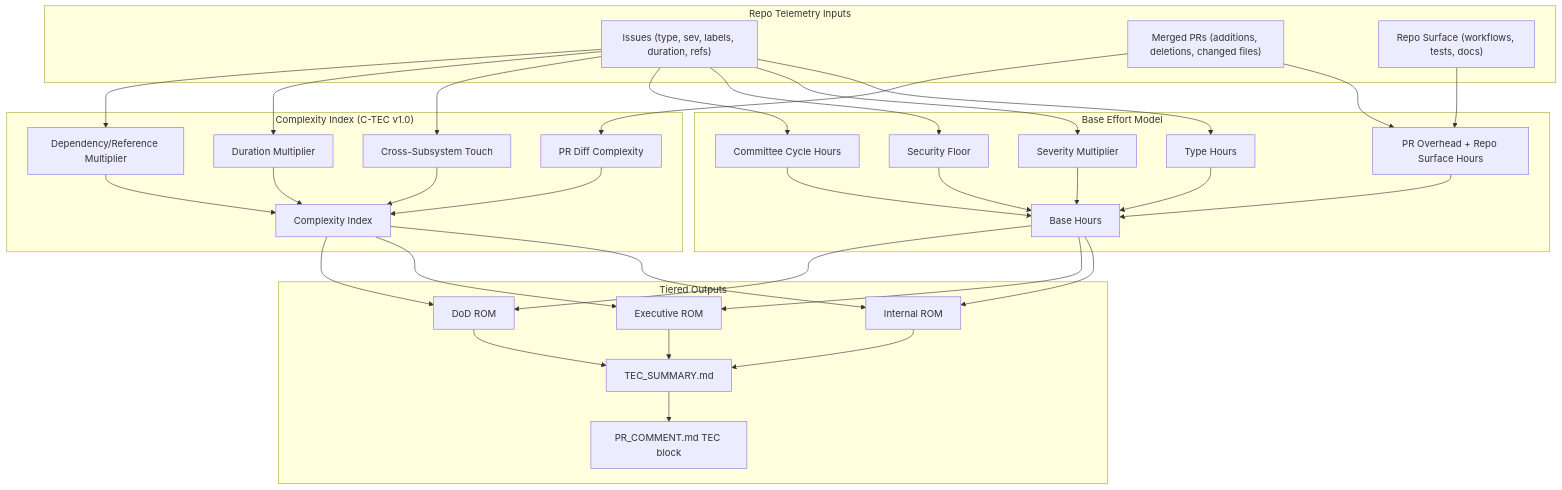
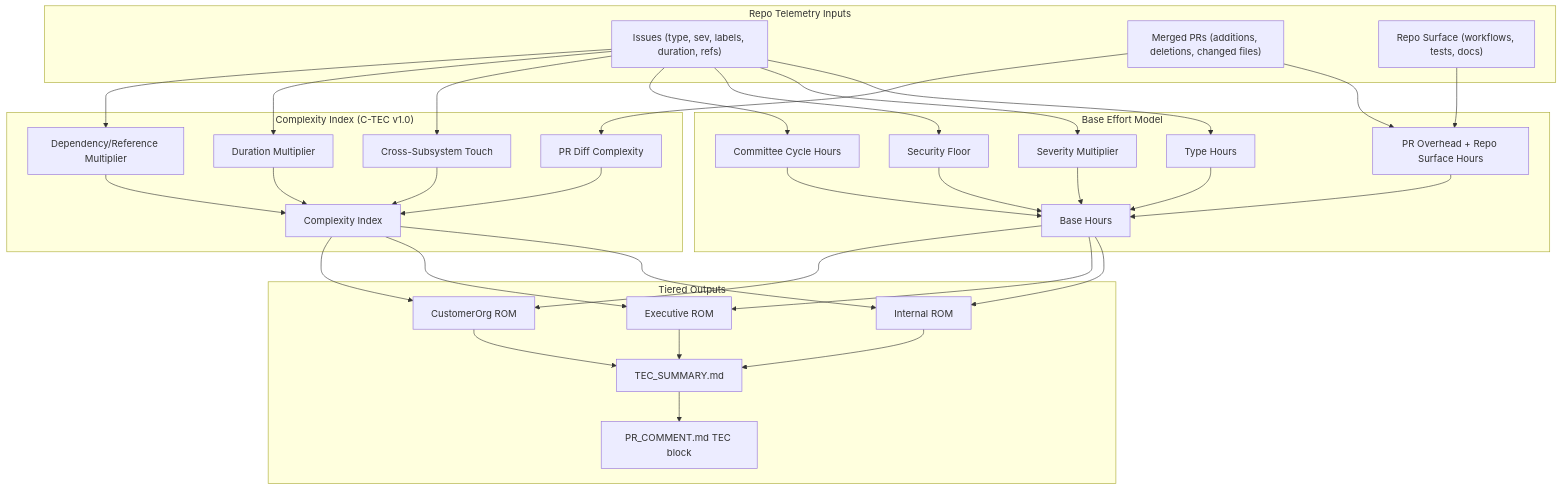
One commit to 8ryanWh1t3/DeepSigma changed the diagram in enterprise/docs/mermaid/12-c-tec-pipeline.md. Above: the diagram before and after it, drawn with Mermaid. The commit also changed other lines of this file and 19 other files, not shown here.

````diff
--- a/enterprise/docs/mermaid/12-c-tec-pipeline.md
+++ b/enterprise/docs/mermaid/12-c-tec-pipeline.md
@@ -5,66 +5,66 @@
 ```mermaid
 flowchart TD
     subgraph Inputs["Repo Telemetry Inputs"]
         I1["Issues (type, sev, labels, duration, refs)"]
         I2["Merged PRs (additions, deletions, changed files)"]
         I3["Repo Surface (workflows, tests, docs)"]
     end
 
     subgraph Base["Base Effort Model"]
         B1["Type Hours"]
         B2["Severity Multiplier"]
         B3["Security Floor"]
         B4["Committee Cycle Hours"]
         B5["PR Overhead + Repo Surface Hours"]
         B6["Base Hours"]
     end
 
     subgraph Complexity["Complexity Index (C-TEC v1.0)"]
         C1["PR Diff Complexity"]
         C2["Cross-Subsystem Touch"]
         C3["Duration Multiplier"]
         C4["Dependency/Reference Multiplier"]
         C5["Complexity Index"]
     end
 
     subgraph Outputs["Tiered Outputs"]
         O1["Internal ROM"]
         O2["Executive ROM"]
-        O3["DoD ROM"]
+        O3["CustomerOrg ROM"]
         O4["TEC_SUMMARY.md"]
         O5["PR_COMMENT.md TEC block"]
     end
 
     I1 --> B1
     I1 --> B2
     I1 --> B3
     I1 --> B4
     I2 --> B5
     I3 --> B5
 
     B1 --> B6
     B2 --> B6
     B3 --> B6
     B4 --> B6
     B5 --> B6
 
     I2 --> C1
     I1 --> C2
     I1 --> C3
     I1 --> C4
     C1 --> C5
     C2 --> C5
     C3 --> C5
     C4 --> C5
 
     B6 --> O1
     C5 --> O1
     B6 --> O2
     C5 --> O2
     B6 --> O3
     C5 --> O3
     O1 --> O4
     O2 --> O4
     O3 --> O4
     O4 --> O5
 ```
````
